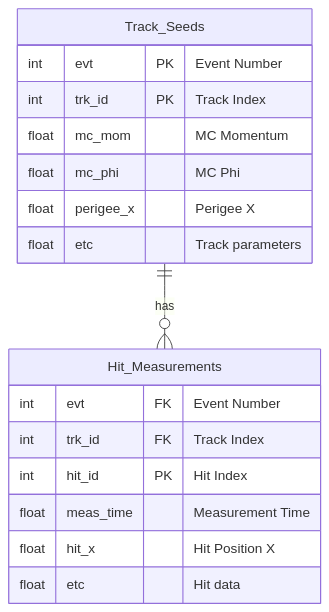
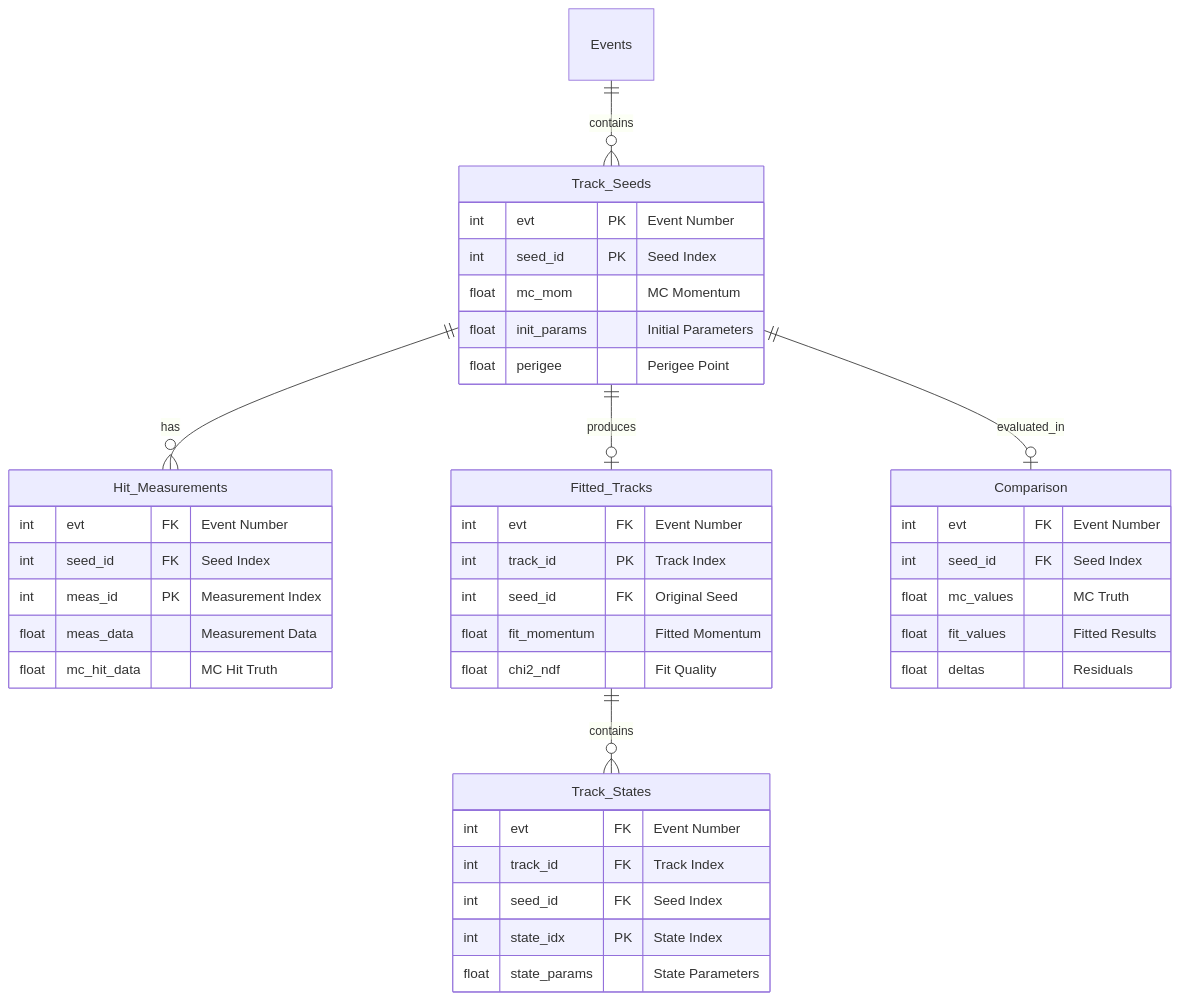
Before and after one commit to aruninadeeshani/tdis: the diagram in docs/csv.md, drawn with Mermaid. The commit also changed other lines of this file and 1 other file, not shown here.

````diff
--- a/docs/csv.md
+++ b/docs/csv.md
@@ -18,21 +22,48 @@
 ```mermaid
 erDiagram
+    Events ||--o{ Track_Seeds : contains
+    Track_Seeds ||--o{ Hit_Measurements : has
+    Track_Seeds ||--o| Fitted_Tracks : produces
+    Fitted_Tracks ||--o{ Track_States : contains
+    Track_Seeds ||--o| Comparison : evaluated_in
+    
     Track_Seeds {
         int evt PK "Event Number"
-        int trk_id PK "Track Index"
+        int seed_id PK "Seed Index"
         float mc_mom "MC Momentum"
-        float mc_phi "MC Phi"
-        float perigee_x "Perigee X"
-        float etc "Track parameters"
+        float init_params "Initial Parameters"
+        float perigee "Perigee Point"
     }
+    
     Hit_Measurements {
         int evt FK "Event Number"
-        int trk_id FK "Track Index"
-        int hit_id PK "Hit Index"
-        float meas_time "Measurement Time"
-        float hit_x "Hit Position X"
-        float etc "Hit data"
+        int seed_id FK "Seed Index"
+        int meas_id PK "Measurement Index"
+        float meas_data "Measurement Data"
+        float mc_hit_data "MC Hit Truth"
     }
-
-    Track_Seeds ||--o{ Hit_Measurements : "has"
+    
+    Fitted_Tracks {
+        int evt FK "Event Number"
+        int track_id PK "Track Index"
+        int seed_id FK "Original Seed"
+        float fit_momentum "Fitted Momentum"
+        float chi2_ndf "Fit Quality"
+    }
+    
+    Track_States {
+        int evt FK "Event Number"
+        int track_id FK "Track Index"
+        int seed_id FK "Seed Index"
+        int state_idx PK "State Index"
+        float state_params "State Parameters"
+    }
+    
+    Comparison {
+        int evt FK "Event Number"
+        int seed_id FK "Seed Index"
+        float mc_values "MC Truth"
+        float fit_values "Fitted Results"
+        float deltas "Residuals"
+    }
 ```
````
